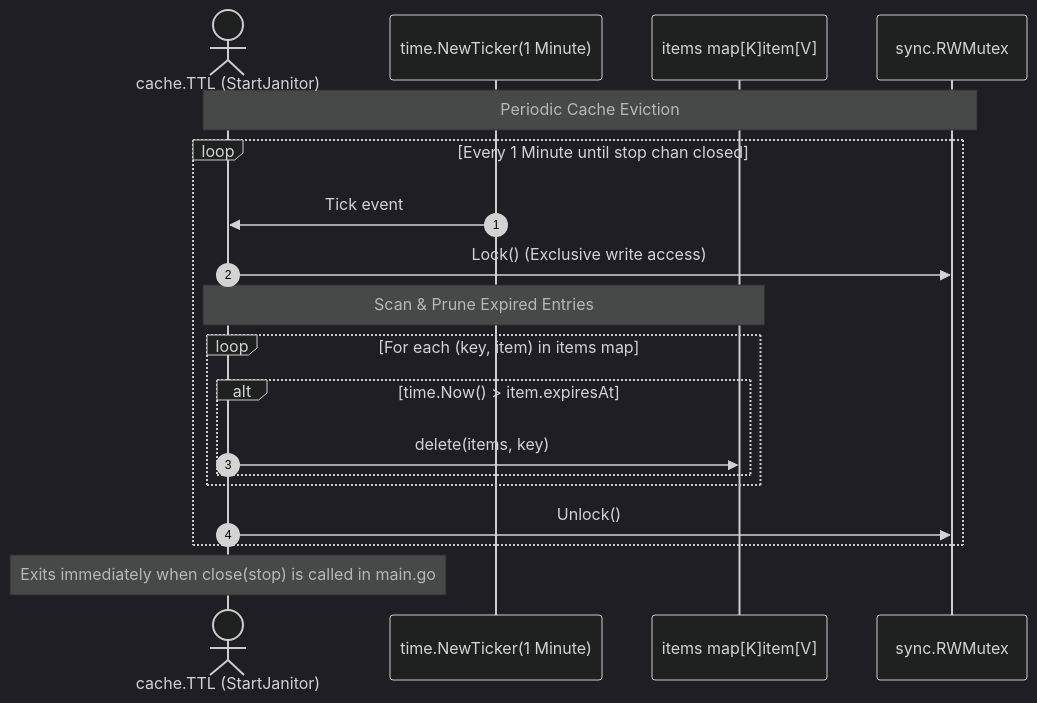
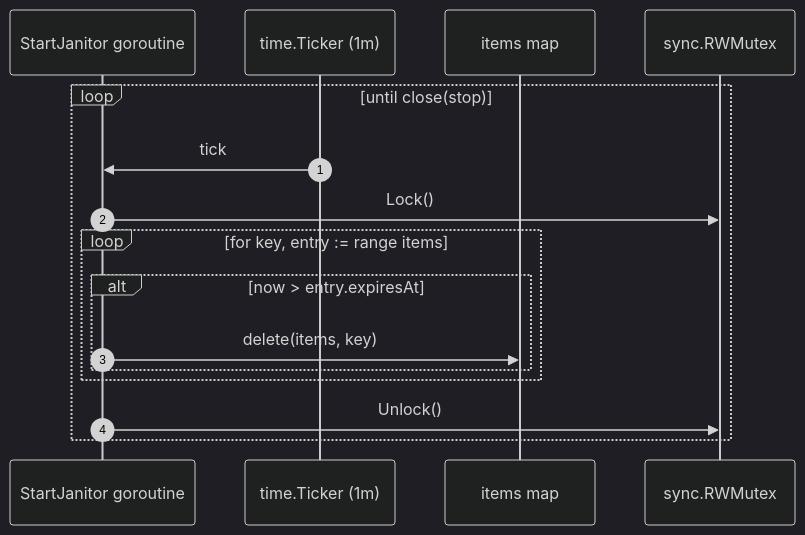
One commit to nhhthong/godocs changed the second of 2 diagrams in resources/flow/background_janitors.md. Above: the diagram before and after it, drawn with Mermaid (dark theme). The commit also changed other lines of this file and 28 other files, not shown here.

````diff
--- a/resources/flow/background_janitors.md
+++ b/resources/flow/background_janitors.md
@@ -49,22 +53,19 @@
 ```mermaid
 sequenceDiagram
     autonumber
-    actor Cache as cache.TTL (StartJanitor)
-    participant Ticker as time.NewTicker(1 Minute)
-    participant Store as items map[K]item[V]
-    participant Mutex as sync.RWMutex
+    participant J as StartJanitor goroutine
+    participant T as time.Ticker (1m)
+    participant M as items map
+    participant Mu as sync.RWMutex
 
-    Note over Cache,Mutex: Periodic Cache Eviction
-    loop Every 1 Minute until stop chan closed
-        Ticker->>Cache: Tick event
-        Cache->>Mutex: Lock() (Exclusive write access)
-        Note over Cache,Store: Scan & Prune Expired Entries
-        loop For each (key, item) in items map
-            alt time.Now() > item.expiresAt
-                Cache->>Store: delete(items, key)
+    loop until close(stop)
+        T->>J: tick
+        J->>Mu: Lock()
+        loop for key, entry := range items
+            alt now > entry.expiresAt
+                J->>M: delete(items, key)
             end
         end
-        Cache->>Mutex: Unlock()
+        J->>Mu: Unlock()
     end
-    Note over Cache: Exits immediately when close(stop) is called in main.go
 ```
````
